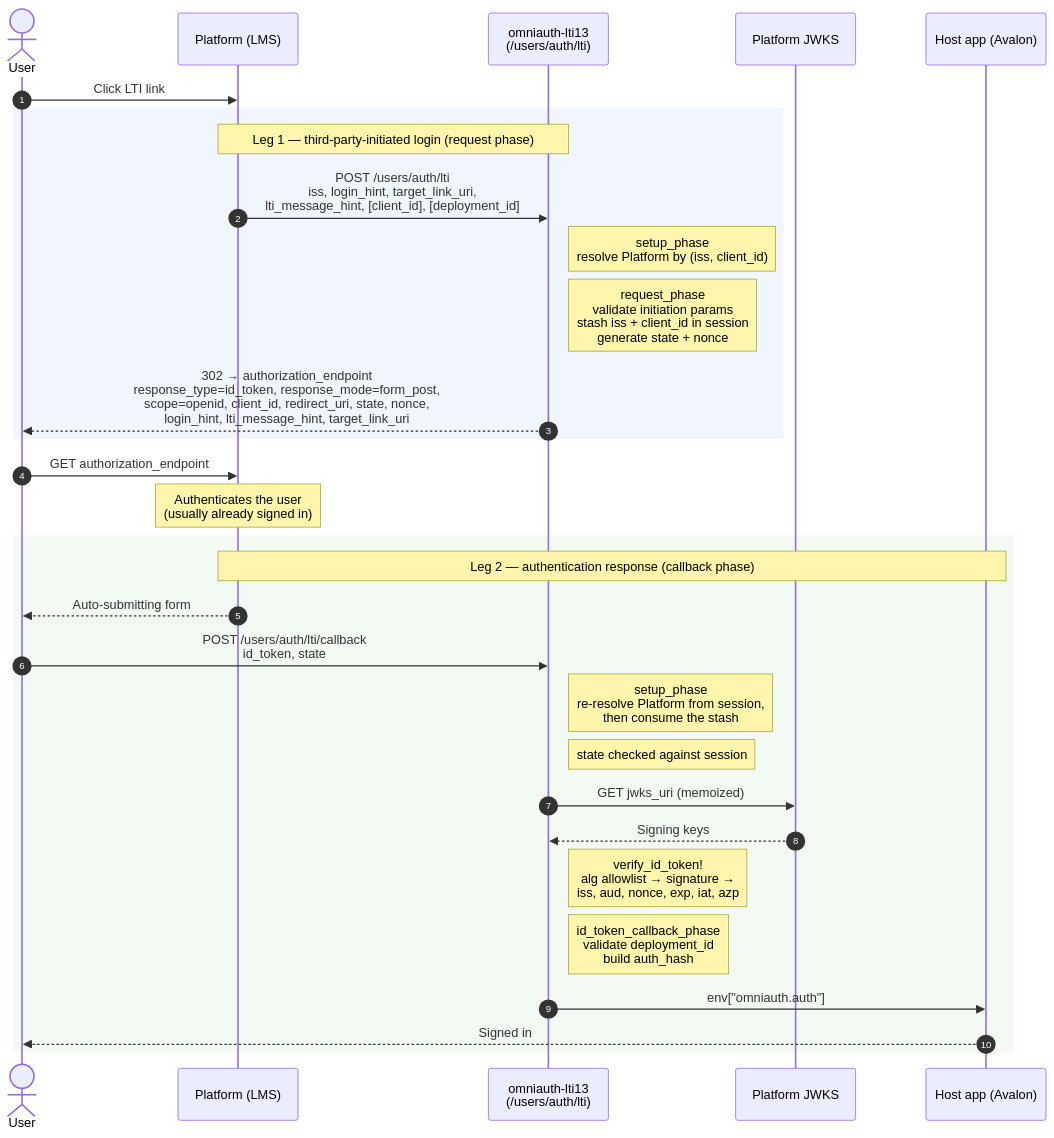
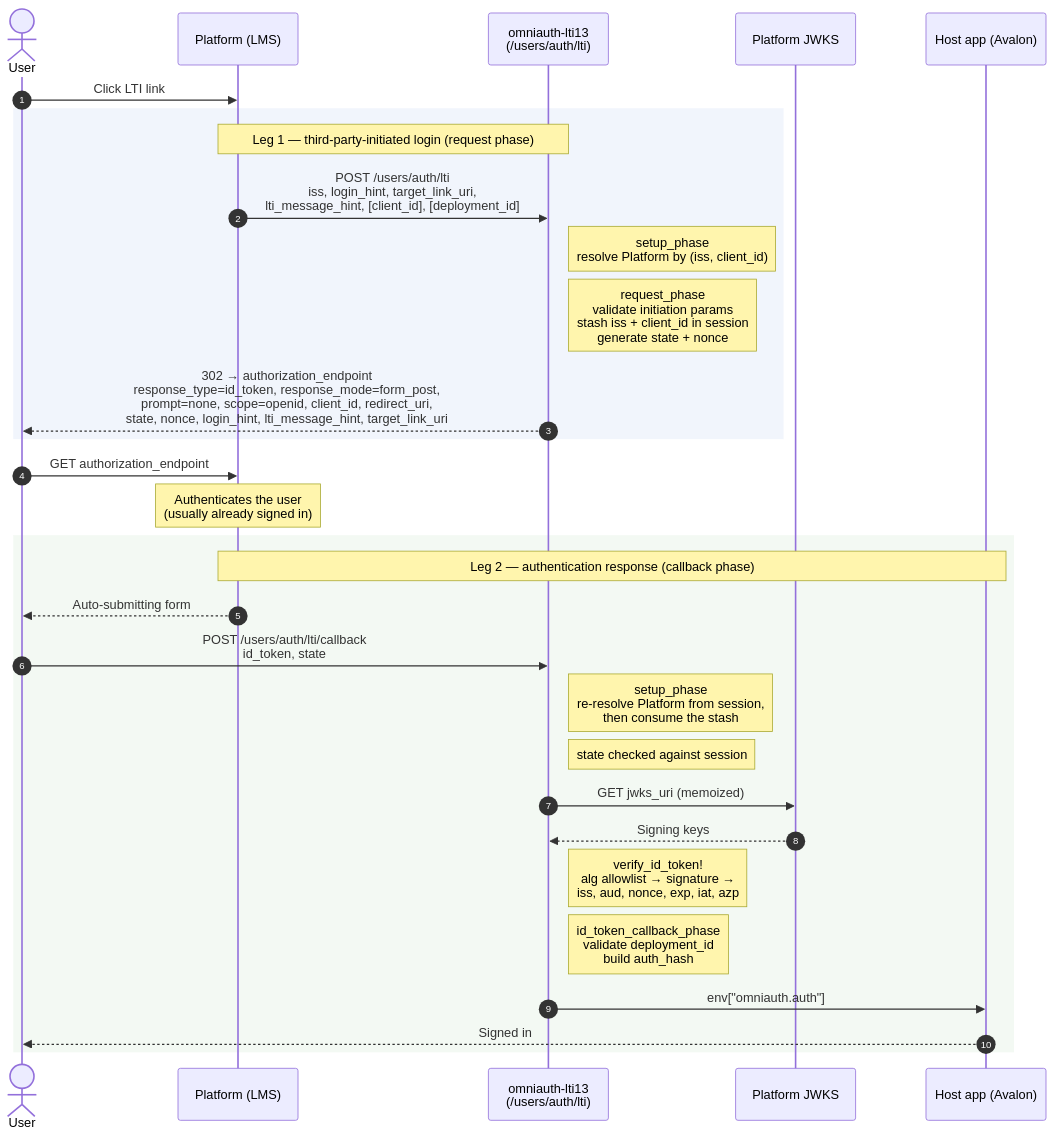
The first of 2 diagrams in docs/authentication-flow.md (mohideen/omniauth-lti13), drawn with Mermaid before and after one commit. The commit also changed other lines of this file and 1 other file, not shown here.

First line of the commit message:
Document prompt=none and the error-callback resolution skip

````diff
--- a/docs/authentication-flow.md
+++ b/docs/authentication-flow.md
@@ -26,36 +26,36 @@
 ```mermaid
 sequenceDiagram
     autonumber
     actor User
     participant LMS as Platform (LMS)
     participant Tool as omniauth-lti13<br/>(/users/auth/lti)
     participant JWKS as Platform JWKS
     participant App as Host app (Avalon)
 
     User->>LMS: Click LTI link
 
     rect rgba(120, 160, 220, 0.10)
         Note over LMS,Tool: Leg 1 — third-party-initiated login (request phase)
         LMS->>Tool: POST /users/auth/lti<br/>iss, login_hint, target_link_uri,<br/>lti_message_hint, [client_id], [deployment_id]
         Note right of Tool: setup_phase<br/>resolve Platform by (iss, client_id)
         Note right of Tool: request_phase<br/>validate initiation params<br/>stash iss + client_id in session<br/>generate state + nonce
-        Tool-->>User: 302 → authorization_endpoint<br/>response_type=id_token, response_mode=form_post,<br/>scope=openid, client_id, redirect_uri, state, nonce,<br/>login_hint, lti_message_hint, target_link_uri
+        Tool-->>User: 302 → authorization_endpoint<br/>response_type=id_token, response_mode=form_post,<br/>prompt=none, scope=openid, client_id, redirect_uri,<br/>state, nonce, login_hint, lti_message_hint, target_link_uri
     end
 
     User->>LMS: GET authorization_endpoint
     Note over LMS: Authenticates the user<br/>(usually already signed in)
 
     rect rgba(140, 190, 140, 0.10)
         Note over LMS,App: Leg 2 — authentication response (callback phase)
         LMS-->>User: Auto-submitting form
         User->>Tool: POST /users/auth/lti/callback<br/>id_token, state
         Note right of Tool: setup_phase<br/>re-resolve Platform from session,<br/>then consume the stash
         Note right of Tool: state checked against session
         Tool->>JWKS: GET jwks_uri (memoized)
         JWKS-->>Tool: Signing keys
         Note right of Tool: verify_id_token!<br/>alg allowlist → signature →<br/>iss, aud, nonce, exp, iat, azp
         Note right of Tool: id_token_callback_phase<br/>validate deployment_id<br/>build auth_hash
         Tool->>App: env["omniauth.auth"]
         App-->>User: Signed in
     end
 ```
````
